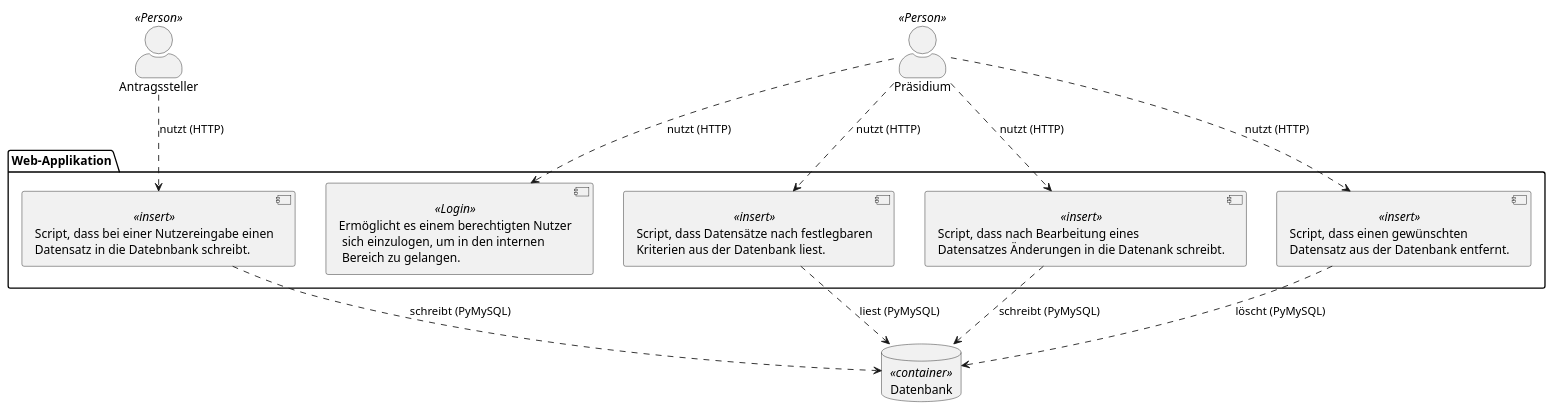
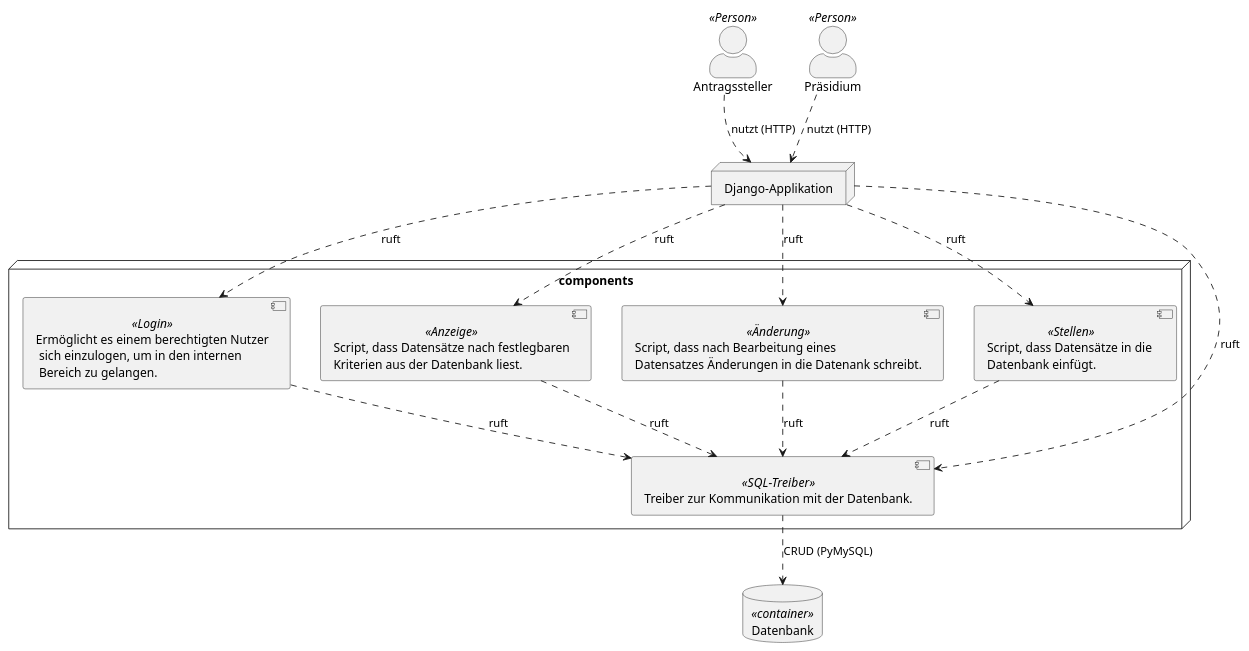
Before and after one commit to EdLaser/I3_Antragsverwaltungstool: the diagram in docs/development/diagrams/c4_l3_webapp.puml, drawn with PlantUML. The commit also changed 9 other files, not shown here.

Commit message:
changed diagrams

```diff
--- a/docs/development/diagrams/c4_l3_webapp.puml
+++ b/docs/development/diagrams/c4_l3_webapp.puml
@@ -1,46 +1,51 @@
 @startuml "Level 3 - Component"
 
 skinparam actorStyle awesome
 
 actor Antragssteller <<Person>>
 actor Präsidium <<Person>>
 
-folder "Web-Applikation" {
-   component insert_script <<insert>> [
-        Script, dass bei einer Nutzereingabe einen
-        Datensatz in die Datebnbank schreibt.
-    ] 
+node "Django-Applikation" as DjangoApplikation
+
+node components {
     component login_controller <<Login>> [
         Ermöglicht es einem berechtigten Nutzer
          sich einzulogen, um in den internen
          Bereich zu gelangen.
     ]
-    component select_script <<insert>> [
+    component view_antrags_anzeige <<Anzeige>> [
         Script, dass Datensätze nach festlegbaren
         Kriterien aus der Datenbank liest.
     ]
-    component update_script <<insert>> [
+    component view_antrags_änderung <<Änderung>> [
         Script, dass nach Bearbeitung eines 
         Datensatzes Änderungen in die Datenank schreibt.
     ]
-    component delete_script <<insert>> [
-        Script, dass einen gewünschten
-        Datensatz aus der Datenbank entfernt.
+    component view_antrag_stellen <<Stellen>> [
+        Script, dass Datensätze in die 
+        Datenbank einfügt.
+    ]
+    component mysqlclient <<SQL-Treiber>> [
+        Treiber zur Kommunikation mit der Datenbank.
     ]
 }
 
 database Datenbank <<container>>
+ 
+Antragssteller ..> DjangoApplikation : nutzt (HTTP)
+Präsidium ..> DjangoApplikation : nutzt (HTTP)
 
-Antragssteller ..> insert_script : nutzt (HTTP)
+DjangoApplikation ..> login_controller : ruft
+DjangoApplikation ..> mysqlclient : ruft
+DjangoApplikation ..> view_antrags_anzeige : ruft
+DjangoApplikation ..> view_antrags_änderung : ruft
+DjangoApplikation ..> view_antrag_stellen : ruft
 
-Präsidium ..> login_controller : nutzt (HTTP)
-Präsidium ..> update_script : nutzt (HTTP)
-Präsidium ..> select_script : nutzt (HTTP)
-Präsidium ..> delete_script : nutzt (HTTP)
+login_controller ..> mysqlclient : ruft
+view_antrags_anzeige ..> mysqlclient : ruft
+view_antrags_änderung ..> mysqlclient : ruft
+view_antrag_stellen ..> mysqlclient : ruft
 
-update_script ..> Datenbank : schreibt (PyMySQL)
-insert_script ..> Datenbank : schreibt (PyMySQL)
-select_script ..> Datenbank : liest (PyMySQL)
-delete_script ..> Datenbank : löscht (PyMySQL)
+mysqlclient ..> Datenbank : CRUD (PyMySQL)
 
 @enduml
```
